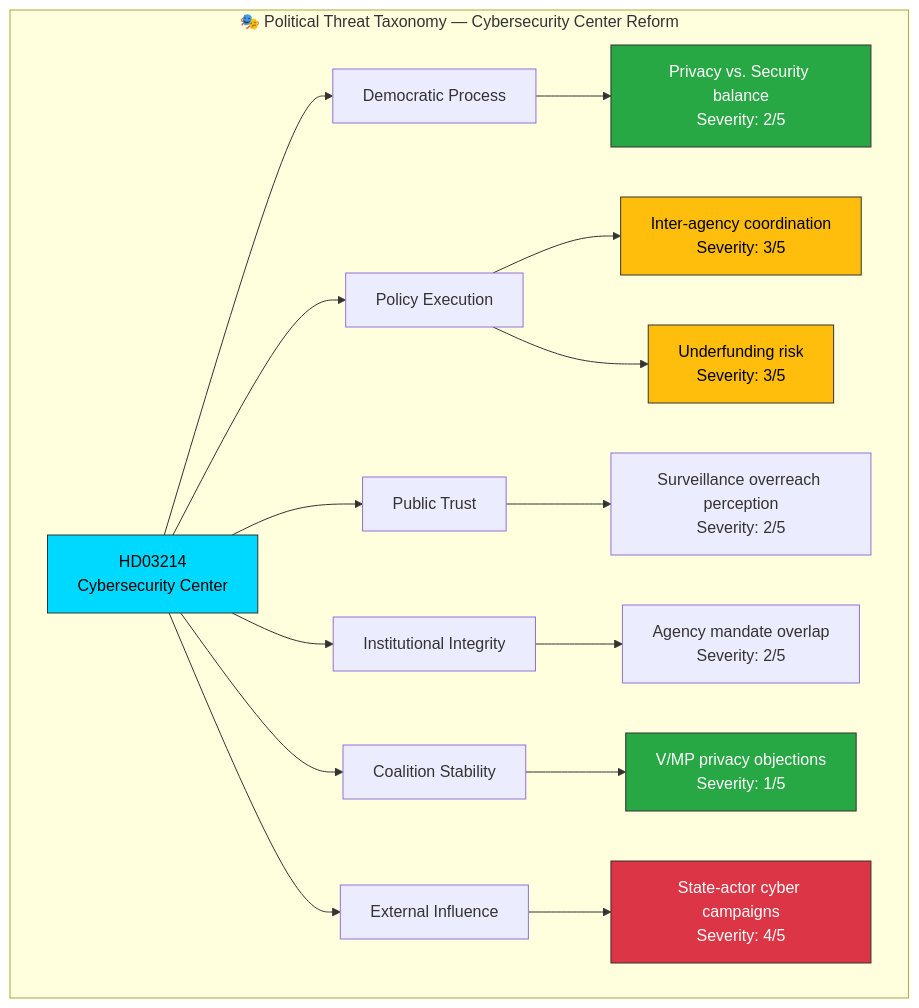
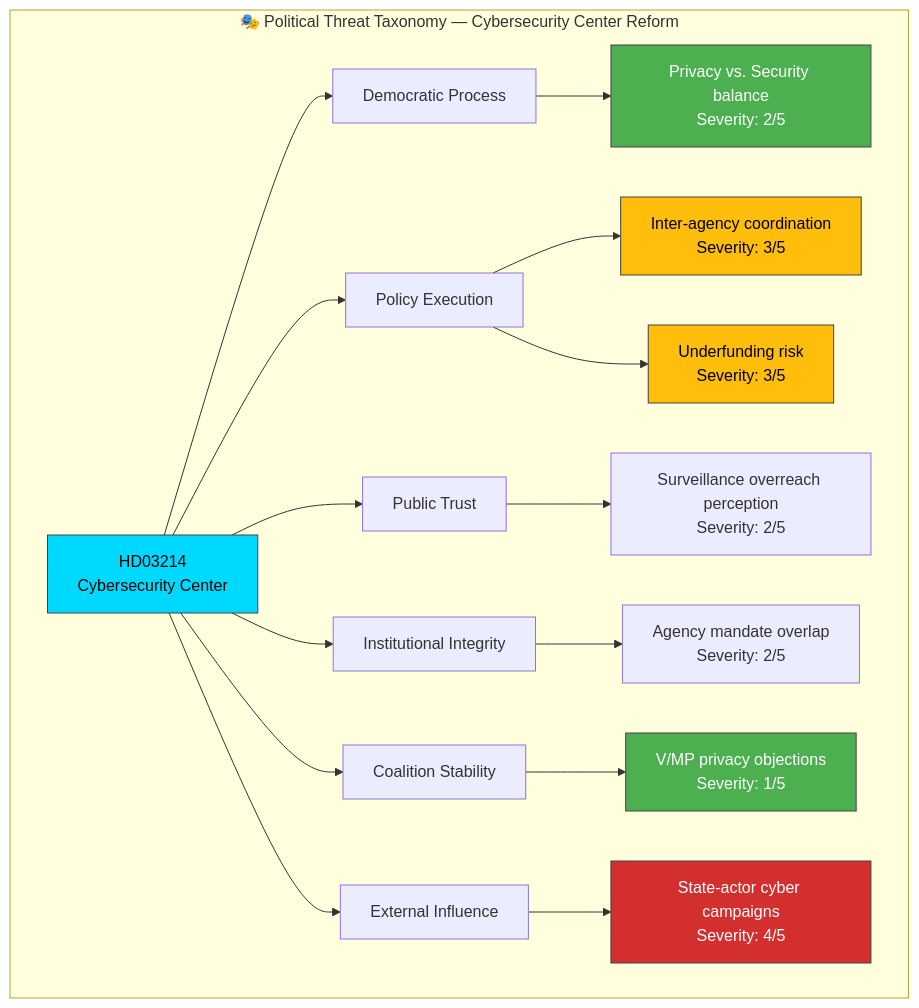
Before and after one commit to Hack23/riksdagsmonitor: the diagram in analysis/daily/2026-04-03/deep-inspection/threat-analysis.md, drawn with Mermaid. The commit also changed 785 other files, not shown here.

First line of the commit message:
Normalize mermaid colors across 786 analysis artifacts to ISMS Style Guide palette

````diff
--- a/analysis/daily/2026-04-03/deep-inspection/threat-analysis.md
+++ b/analysis/daily/2026-04-03/deep-inspection/threat-analysis.md
@@ -12,26 +12,26 @@
 ```mermaid
 graph TD
     subgraph "🎭 Political Threat Taxonomy — Cybersecurity Center Reform"
         A["HD03214<br/>Cybersecurity Center"] --> B["Democratic Process"]
         A --> C["Policy Execution"]
         A --> D["Public Trust"]
         A --> E["Institutional Integrity"]
         A --> F["Coalition Stability"]
         A --> G["External Influence"]
         
         B --> B1["Privacy vs. Security balance<br/>Severity: 2/5"]
         C --> C1["Inter-agency coordination<br/>Severity: 3/5"]
         C --> C2["Underfunding risk<br/>Severity: 3/5"]
         D --> D1["Surveillance overreach perception<br/>Severity: 2/5"]
         E --> E1["Agency mandate overlap<br/>Severity: 2/5"]
         F --> F1["V/MP privacy objections<br/>Severity: 1/5"]
         G --> G1["State-actor cyber campaigns<br/>Severity: 4/5"]
     end
 
-    style A fill:#00d9ff,stroke:#333,color:#000
-    style G1 fill:#dc3545,stroke:#333,color:#fff
-    style C1 fill:#ffbe0b,stroke:#333,color:#000
-    style C2 fill:#ffbe0b,stroke:#333,color:#000
-    style B1 fill:#28a745,stroke:#333,color:#fff
-    style F1 fill:#28a745,stroke:#333,color:#fff
+    style A fill:#00d9ff,stroke:#424242,color:#000000
+    style G1 fill:#D32F2F,stroke:#424242,color:#FFFFFF
+    style C1 fill:#ffbe0b,stroke:#424242,color:#000000
+    style C2 fill:#ffbe0b,stroke:#424242,color:#000000
+    style B1 fill:#4CAF50,stroke:#424242,color:#FFFFFF
+    style F1 fill:#4CAF50,stroke:#424242,color:#FFFFFF
 ```
````
